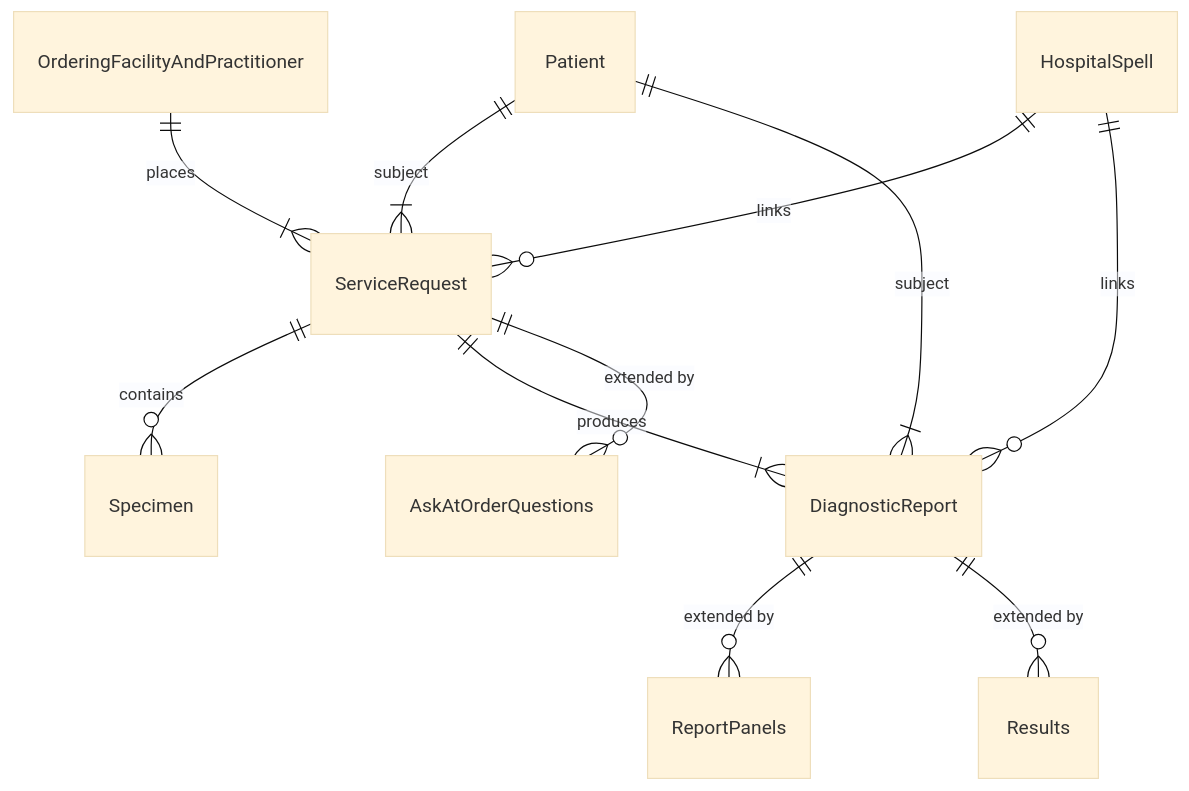
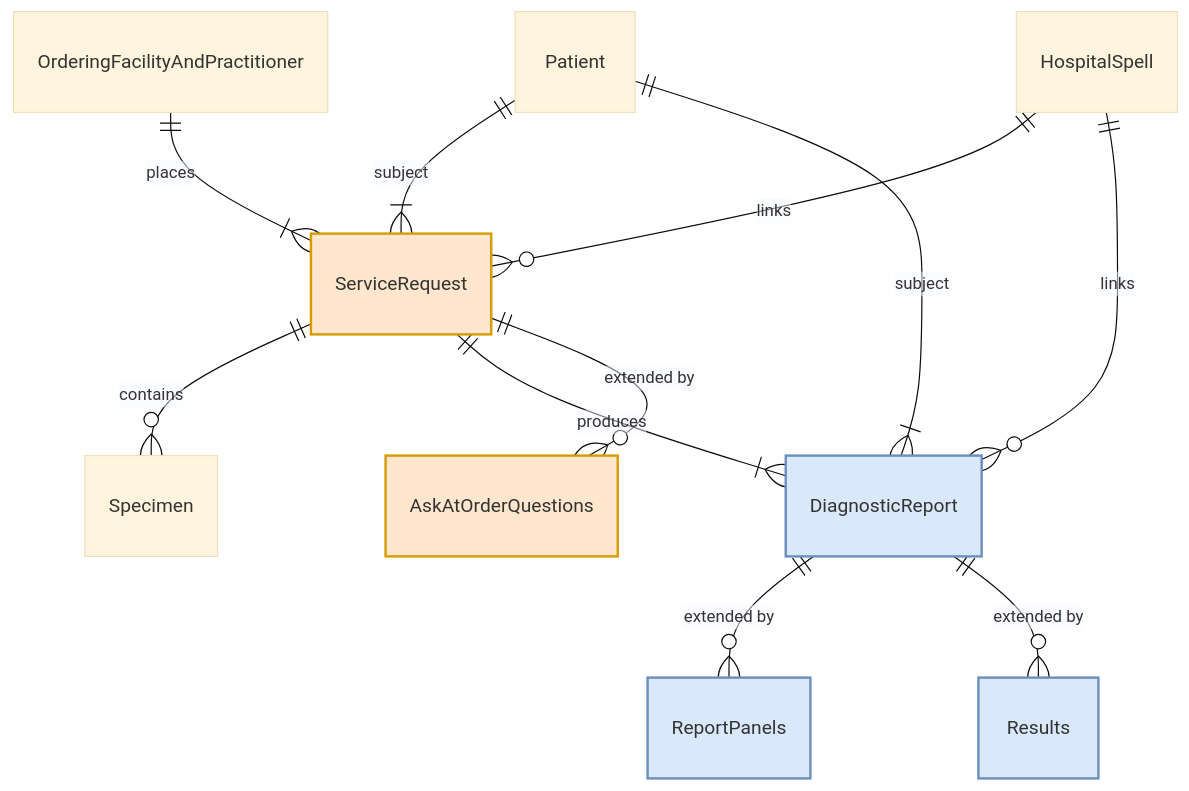
One commit to nw-gmsa/nw-gmsa.github.com changed the first of 3 diagrams in input/pagecontent/diagnostic-core.md. Above: the diagram before and after it, drawn with Mermaid (base theme). The commit also changed other lines of this file and 6 other files, not shown here.

````diff
--- a/input/pagecontent/diagnostic-core.md
+++ b/input/pagecontent/diagnostic-core.md
@@ -23,13 +23,21 @@
 ```mermaid
 erDiagram
     OrderingFacilityAndPractitioner ||--|{ ServiceRequest : places
     Patient ||--|{ ServiceRequest : subject
     HospitalSpell ||--o{ ServiceRequest : links
     ServiceRequest ||--o{ Specimen : contains
     ServiceRequest ||--|{ DiagnosticReport : produces
     Patient ||--|{ DiagnosticReport : subject
     HospitalSpell ||--o{ DiagnosticReport : links
     ServiceRequest ||--o{ AskAtOrderQuestions : "extended by"
     DiagnosticReport ||--o{ ReportPanels : "extended by"
     DiagnosticReport ||--o{ Results : "extended by"
+
+    classDef orderAggregate fill:#FFE6CC,stroke:#D79B00,stroke-width:2px
+    classDef reportAggregate fill:#DAE8FC,stroke:#6C8EBF,stroke-width:2px
+    class ServiceRequest orderAggregate
+    class AskAtOrderQuestions orderAggregate
+    class DiagnosticReport reportAggregate
+    class ReportPanels reportAggregate
+    class Results reportAggregate
 ```
````
